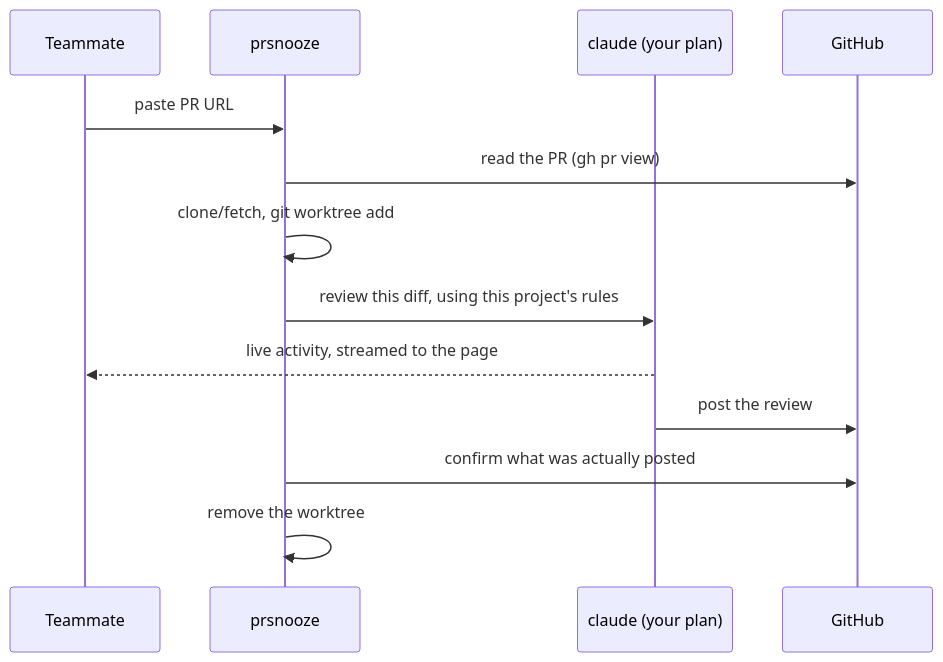
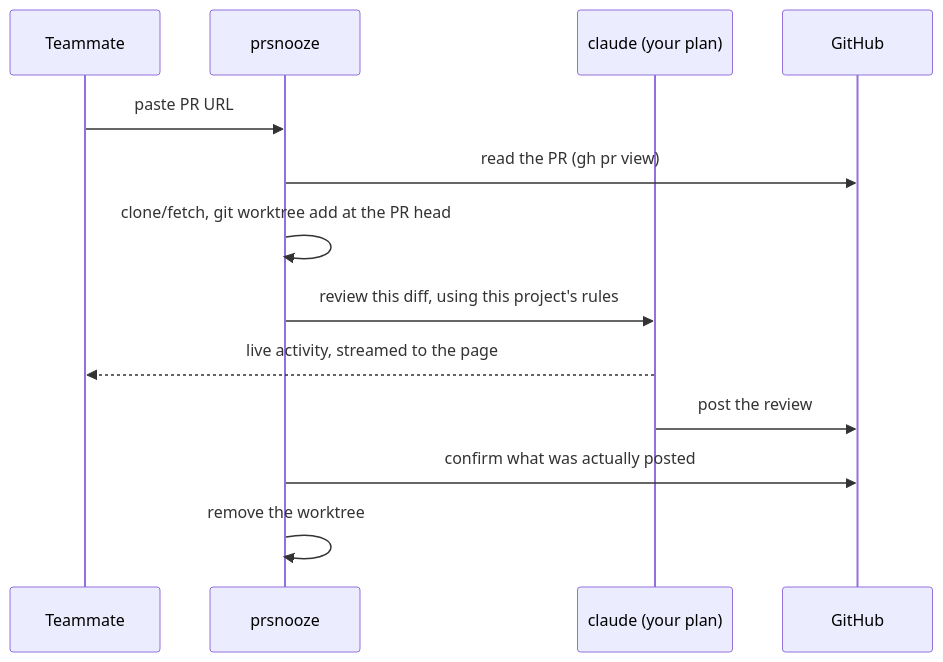
One commit to mahsanamin/prsnooze changed the diagram in README.md. Above: the diagram before and after it, drawn with Mermaid. The commit also changed other lines of this file and 10 other files, not shown here.

````diff
--- a/README.md
+++ b/README.md
@@ -121,16 +121,16 @@
 ```mermaid
 sequenceDiagram
   participant U as Teammate
   participant P as prsnooze
   participant C as claude (your plan)
   participant G as GitHub
 
   U->>P: paste PR URL
   P->>G: read the PR (gh pr view)
-  P->>P: clone/fetch, git worktree add
+  P->>P: clone/fetch, git worktree add at the PR head
   P->>C: review this diff, using this project's rules
   C-->>U: live activity, streamed to the page
   C->>G: post the review
   P->>G: confirm what was actually posted
   P->>P: remove the worktree
 ```
````
